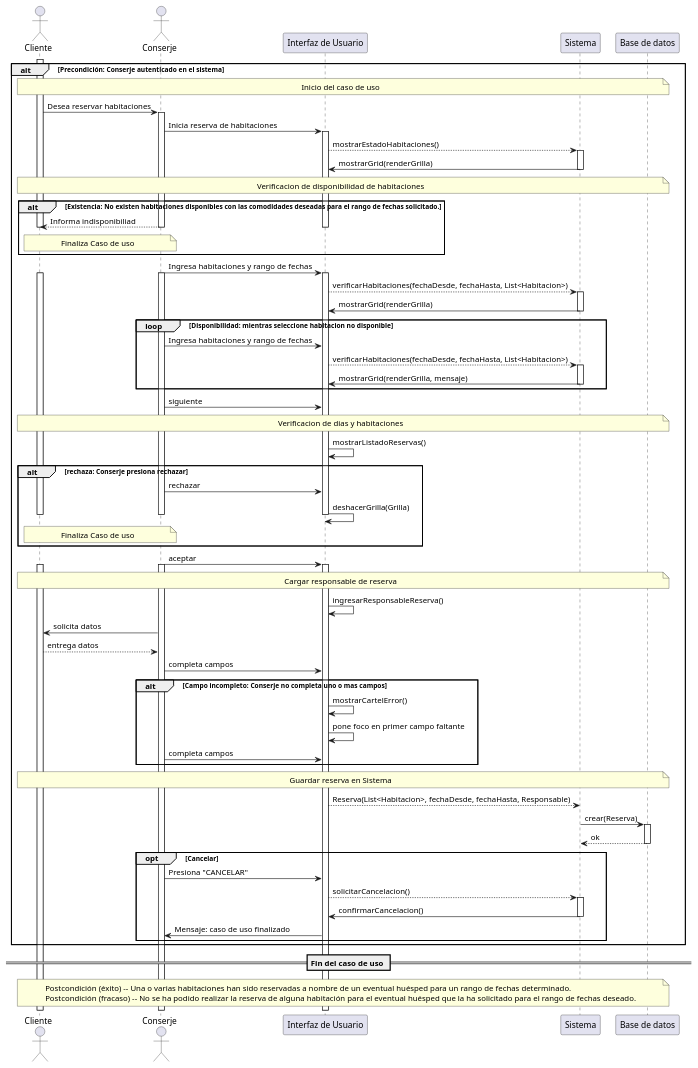
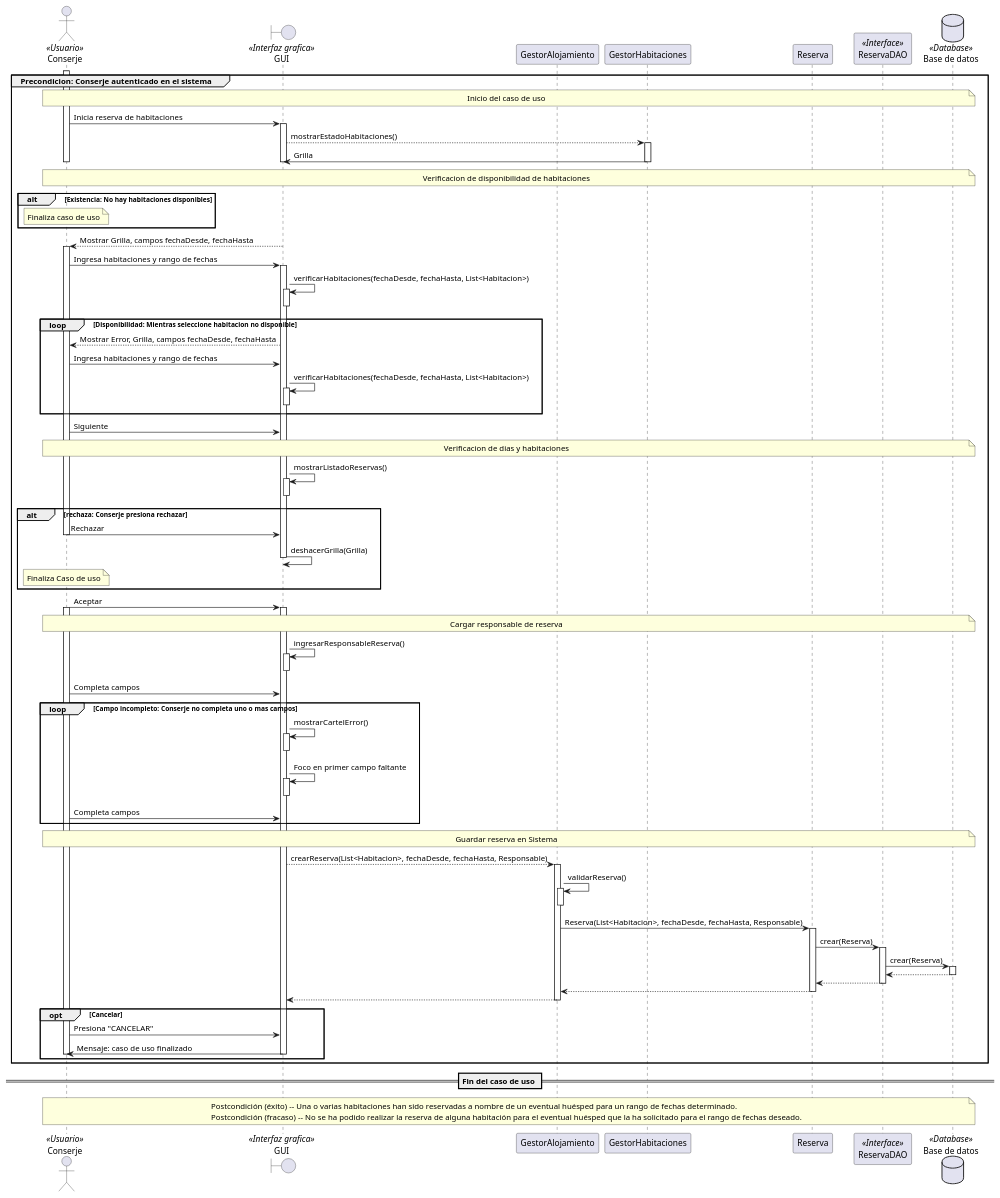
Before and after one commit to mateopozzo/DeSo: the diagram in Diagramas/Diagramas de secuencia/Diagrama de secuencia CU04.puml, drawn with PlantUML. The commit also changed other lines of this file and 7 other files, not shown here.

Commit message:
Corrige versiones de codigo e imagenes de diagramas de secuencias por las ultimas realizadas con algunas correcciones en base a lo programado

```diff
--- a/Diagramas/Diagramas de secuencia/Diagrama de secuencia CU04.puml
+++ b/Diagramas/Diagramas de secuencia/Diagrama de secuencia CU04.puml
@@ -1,100 +2,113 @@
 @startuml
 ' Actor y participantes
-actor "Cliente" as Huesped
-actor "Conserje" as Conserje
-participant "Interfaz de Usuario" as UI
-participant "Sistema" as Sistema
-participant "Base de datos" as Base
+actor "Conserje" as Conserje <<Usuario>>
+boundary "GUI" as UI <<Interfaz grafica>>
+participant "GestorAlojamiento" as Sistema
+participant "GestorHabitaciones" as Habitaciones
+participant "Reserva" as R
+participant "ReservaDAO" as RDAO <<Interface>>
+database "Base de datos" as Base <<Database>>
 
 ' Precondición
-alt Precondición: Conserje autenticado en el sistema
+group Precondicion: Conserje autenticado en el sistema
 
   note across: Inicio del caso de uso
-  activate Huesped
-  Huesped -> Conserje : Desea reservar habitaciones
   activate Conserje
   Conserje -> UI : Inicia reserva de habitaciones
   activate UI
-  UI --> Sistema : mostrarEstadoHabitaciones()
-  activate Sistema
-  Sistema -> UI : mostrarGrid(renderGrilla)
-  deactivate Sistema
+  UI --> Habitaciones : mostrarEstadoHabitaciones()
+  activate Habitaciones
+  Habitaciones -> UI : Grilla
+  deactivate Habitaciones
   
   note across: Verificacion de disponibilidad de habitaciones
-  alt Existencia: No existen habitaciones disponibles con las comodidades deseadas para el rango de fechas solicitado.
-    Conserje --> Huesped : Informa indisponibiliad
+  alt Existencia: No hay habitaciones disponibles
     deactivate Conserje 
-    deactivate Huesped
     deactivate UI
-    note over Huesped, Conserje
+    note over Conserje
+      Finaliza caso de uso
+    end note
+  end
+  
+  UI --> Conserje : Mostrar Grilla, campos fechaDesde, fechaHasta
+  activate Conserje
+  Conserje -> UI : Ingresa habitaciones y rango de fechas
+  activate UI
+  UI -> UI : verificarHabitaciones(fechaDesde, fechaHasta, List<Habitacion>)
+  activate UI
+  deactivate UI
+  loop Disponibilidad: Mientras seleccione habitacion no disponible
+    UI --> Conserje : Mostrar Error, Grilla, campos fechaDesde, fechaHasta
+    Conserje -> UI : Ingresa habitaciones y rango de fechas
+    UI -> UI : verificarHabitaciones(fechaDesde, fechaHasta, List<Habitacion>)
+    activate UI
+    deactivate UI
+  end
+  Conserje -> UI : Siguiente
+  
+  note across: Verificacion de dias y habitaciones
+  UI -> UI : mostrarListadoReservas()
+  activate UI
+  deactivate UI
+  alt rechaza: Conserje presiona rechazar
+    Conserje -> UI : Rechazar
+    deactivate Conserje 
+    UI -> UI : deshacerGrilla(Grilla)
+    deactivate UI
+    note over Conserje
       Finaliza Caso de uso
     end note
   end
-  Conserje -> UI : Ingresa habitaciones y rango de fechas
+  Conserje -> UI : Aceptar
   activate Conserje 
-  activate Huesped
-  activate UI
-  UI --> Sistema : verificarHabitaciones(fechaDesde, fechaHasta, List<Habitacion>)
-  activate Sistema
-  Sistema -> UI : mostrarGrid(renderGrilla)
-  deactivate Sistema
-  loop Disponibilidad: mientras seleccione habitacion no disponible
-    Conserje -> UI : Ingresa habitaciones y rango de fechas
-    UI --> Sistema : verificarHabitaciones(fechaDesde, fechaHasta, List<Habitacion>)
-    activate Sistema
-    Sistema -> UI : mostrarGrid(renderGrilla, mensaje)
-    deactivate Sistema
-  end
-  Conserje -> UI : siguiente
-  
-  note across: Verificacion de dias y habitaciones
-  UI -> UI : mostrarListadoReservas()
-  alt rechaza: Conserje presiona rechazar
-    Conserje -> UI : rechazar
-    UI -> UI : deshacerGrilla(Grilla)
-    deactivate Conserje 
-    deactivate Huesped
-    deactivate UI
-    note over Huesped, Conserje
-      Finaliza Caso de uso
-    end note
-  end
-  Conserje -> UI : aceptar
-  activate Conserje 
-  activate Huesped
   activate UI
   note across: Cargar responsable de reserva
   UI -> UI : ingresarResponsableReserva()
-  Conserje -> Huesped : solicita datos
-  Huesped --> Conserje : entrega datos
-  Conserje -> UI : completa campos
-  alt Campo incompleto: Conserje no completa uno o mas campos
+  activate UI
+  deactivate UI
+  Conserje -> UI : Completa campos
+  loop Campo incompleto: Conserje no completa uno o mas campos
     UI -> UI : mostrarCartelError()
-    UI -> UI : pone foco en primer campo faltante
-    Conserje -> UI : completa campos
+    activate UI
+    deactivate UI
+    UI -> UI : Foco en primer campo faltante
+    activate UI
+    deactivate UI
+    Conserje -> UI : Completa campos
   end
   
   note across: Guardar reserva en Sistema
-  UI --> Sistema : Reserva(List<Habitacion>, fechaDesde, fechaHasta, Responsable)
-  Sistema -> Base : crear(Reserva)
+  UI --> Sistema : crearReserva(List<Habitacion>, fechaDesde, fechaHasta, Responsable)
+  activate Sistema
+  Sistema -> Sistema : validarReserva()
+  activate Sistema
+  deactivate Sistema 
+  Sistema -> R : Reserva(List<Habitacion>, fechaDesde, fechaHasta, Responsable)
+  activate R
+  R -> RDAO : crear(Reserva)
+  activate RDAO
+  RDAO -> Base : crear(Reserva)
   activate Base
-  Base --> Sistema : ok
+  Base  --> RDAO
   deactivate Base
-  
+  RDAO --> R
+  deactivate RDAO
+  R --> Sistema
+  deactivate R
+  Sistema --> UI
+  deactivate Sistema
   opt Cancelar
     Conserje -> UI : Presiona "CANCELAR"
-    UI --> Sistema : solicitarCancelacion()
-    activate Sistema
-    Sistema -> UI : confirmarCancelacion()
-    deactivate Sistema
     UI -> Conserje : Mensaje: caso de uso finalizado
+    deactivate Conserje
+    deactivate UI
   end
 end
 
 == Fin del caso de uso ==
 note across
   Postcondición (éxito) -- Una o varias habitaciones han sido reservadas a nombre de un eventual huésped para un rango de fechas determinado.
   Postcondición (fracaso) -- No se ha podido realizar la reserva de alguna habitación para el eventual huésped que la ha solicitado para el rango de fechas deseado.
 end note
 
 @enduml
```
